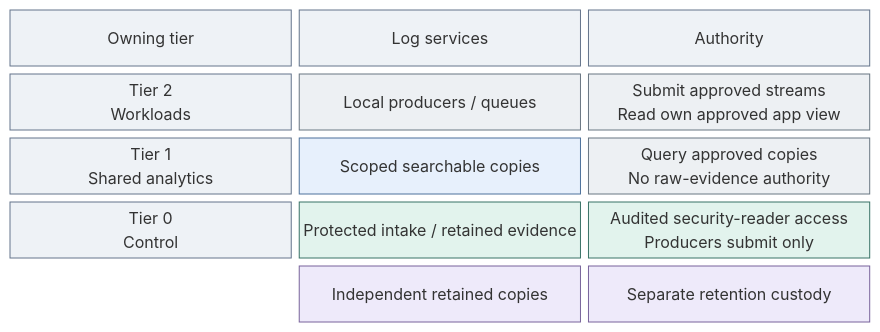
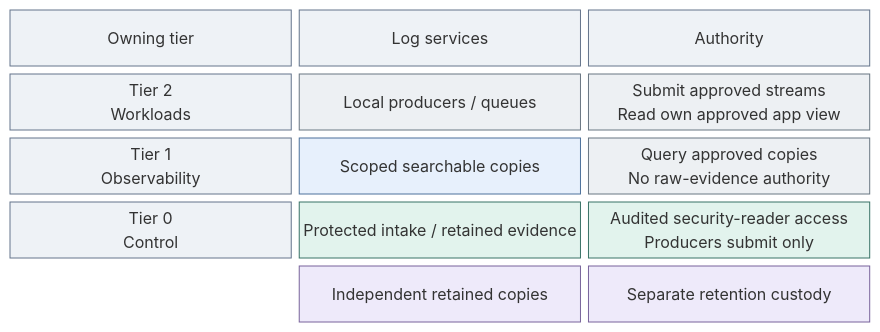
Before and after one commit to Rexus/homelab: the diagram in docs/architecture/operations/security-logging.md, drawn with Mermaid. The commit also changed other lines of this file and 34 other files, not shown here.

````diff
--- a/docs/architecture/operations/security-logging.md
+++ b/docs/architecture/operations/security-logging.md
@@ -20,26 +25,26 @@
 ```mermaid
 block-beta
   columns 3
   Owner["Owning tier"] Function["Log services"] Access["Authority"]
   T2["Tier 2<br/>Workloads"]
   Sources["Local producers / queues"]
   Developer["Submit approved streams<br/>Read own approved app view"]
-  T1["Tier 1<br/>Shared analytics"]
+  T1["Tier 1<br/>Observability"]
   Search["Scoped searchable copies"]
   Query["Query approved copies<br/>No raw-evidence authority"]
   T0["Tier 0<br/>Control"]
   Logging["Protected intake / retained evidence"]
   Readers["Audited security-reader access<br/>Producers submit only"]
   space Retention["Independent retained copies"] Custodians["Separate retention custody"]
   classDef default fill:#f8fafc,stroke:#64748b,color:#1f2937
   classDef actor fill:#edf0f3,stroke:#697682,color:#293642
   classDef control fill:#e2f3ed,stroke:#397366,color:#173f36
   classDef data fill:#eeeafa,stroke:#78639b,color:#42325d
   classDef services fill:#e7f0fc,stroke:#4d719b,color:#203a5b
   classDef boundary fill:#eef2f6,stroke:#64748b,color:#1f2937
   class Owner,Function,Access,T2,T1,T0 boundary
   class Sources,Developer,Query actor
   class Logging,Readers control
   class Retention,Custodians data
   class Search services
 ```
````
